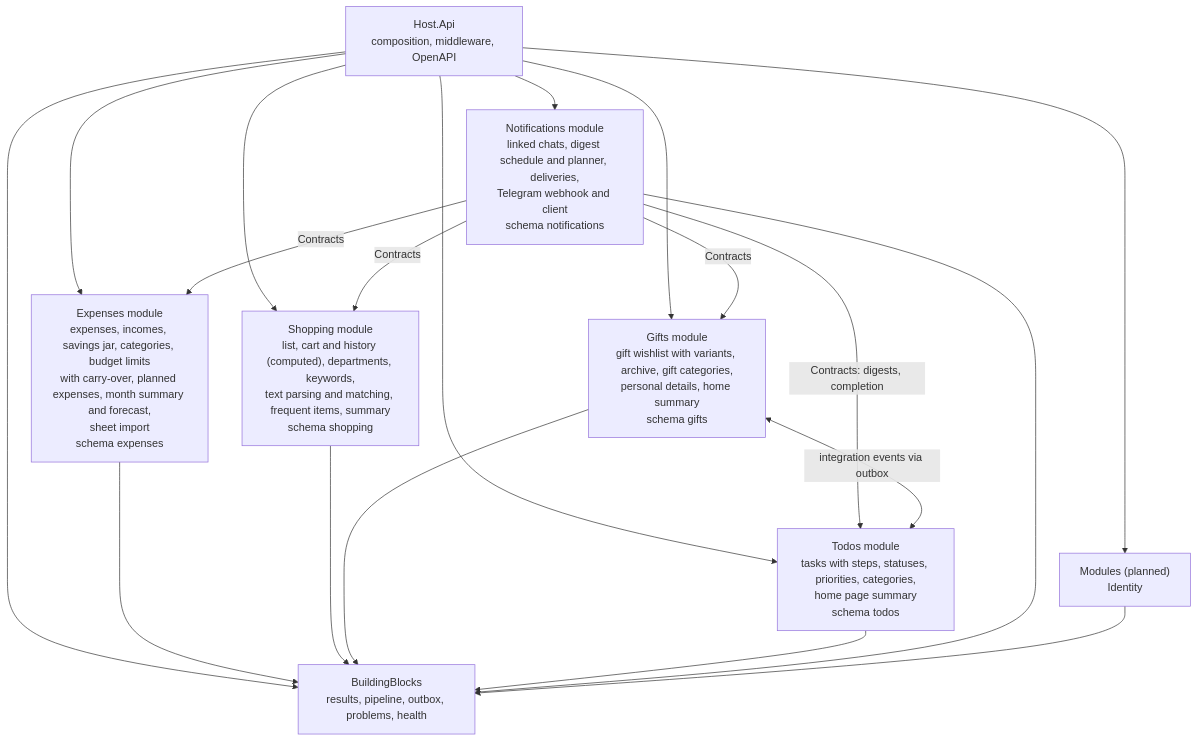
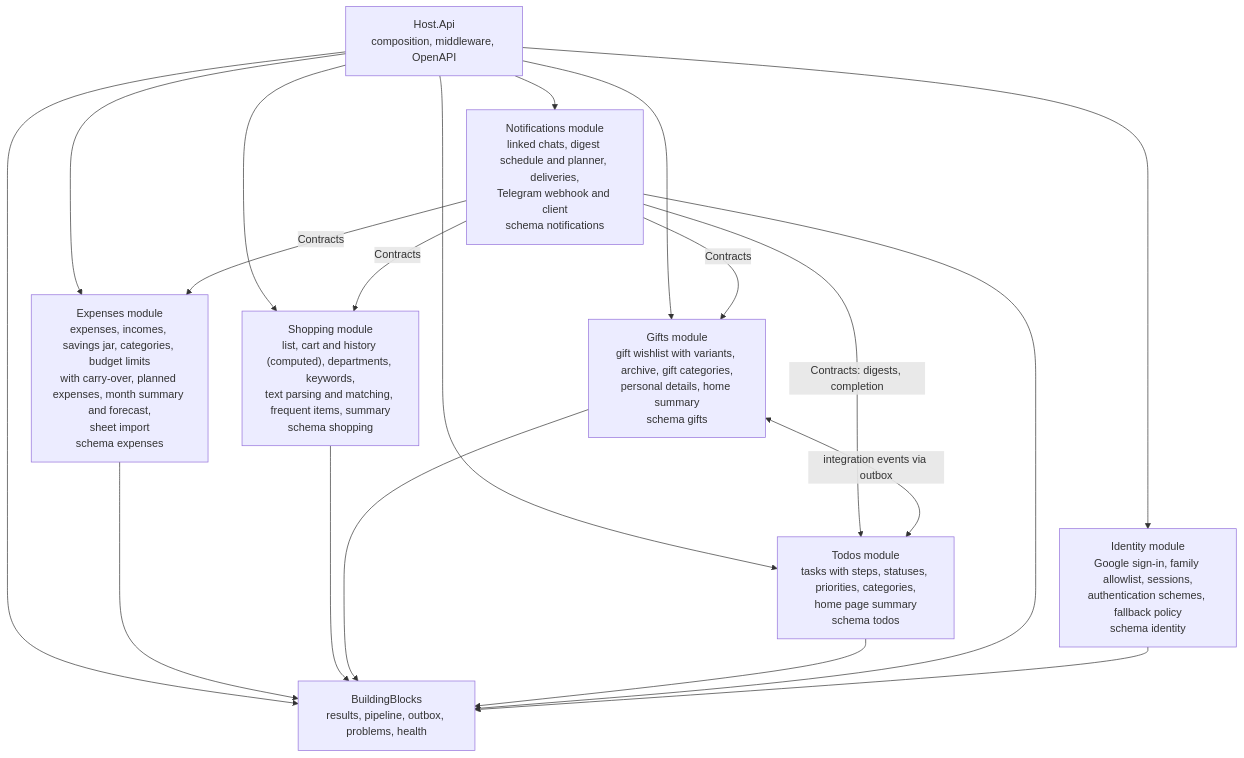
One commit to Weretik/home-app changed the third of 3 diagrams in api/docs/architecture/c4.md. Above: the diagram before and after it, drawn with Mermaid. The commit also changed other lines of this file and 122 other files, not shown here.

First line of the commit message:
Add Google sign-in for the family and close every endpoint by default

````diff
--- a/api/docs/architecture/c4.md
+++ b/api/docs/architecture/c4.md
@@ -56,30 +59,30 @@
 ```mermaid
 flowchart TB
     host["Host.Api<br/>composition, middleware, OpenAPI"]
     blocks["BuildingBlocks<br/>results, pipeline, outbox, problems, health"]
     expenses["Expenses module<br/>expenses, incomes, savings jar, categories, budget limits<br/>with carry-over, planned expenses, month summary and forecast,<br/>sheet import<br/>schema expenses"]
     shopping["Shopping module<br/>list, cart and history (computed), departments, keywords,<br/>text parsing and matching, frequent items, summary<br/>schema shopping"]
     gifts["Gifts module<br/>gift wishlist with variants, archive, gift categories,<br/>personal details, home summary<br/>schema gifts"]
     todos["Todos module<br/>tasks with steps, statuses, priorities, categories,<br/>home page summary<br/>schema todos"]
     notifications["Notifications module<br/>linked chats, digest schedule and planner, deliveries,<br/>Telegram webhook and client<br/>schema notifications"]
-    planned["Modules (planned)<br/>Identity"]
+    identity["Identity module<br/>Google sign-in, family allowlist, sessions,<br/>authentication schemes, fallback policy<br/>schema identity"]
 
     host --> blocks
     host --> expenses
     host --> shopping
     host --> gifts
     host --> todos
     host --> notifications
-    host --> planned
+    host --> identity
     expenses --> blocks
     shopping --> blocks
     gifts --> blocks
     todos --> blocks
     notifications --> blocks
     notifications -->|"Contracts: digests, completion"| todos
     notifications -->|Contracts| gifts
     notifications -->|Contracts| shopping
     notifications -->|Contracts| expenses
     gifts <-->|"integration events via outbox"| todos
-    planned --> blocks
+    identity --> blocks
 ```
````
